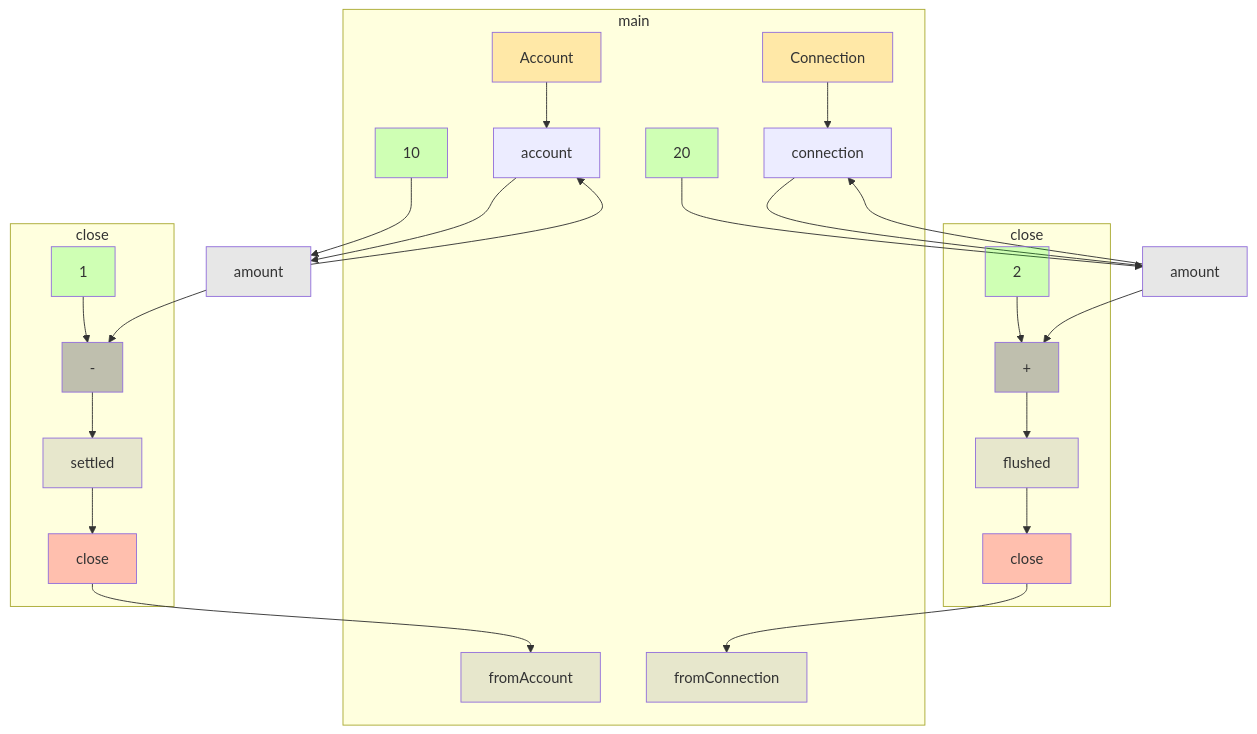
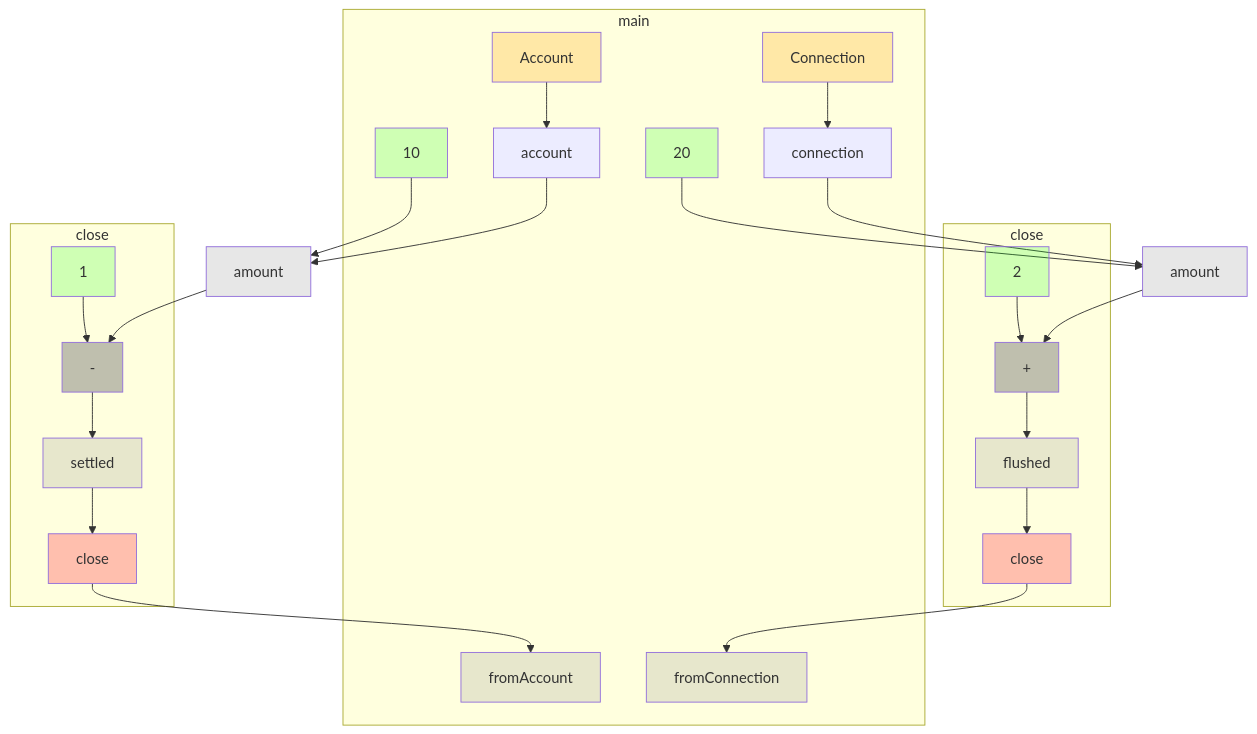
The diagram in app/src/test/resources/sameName/spike-truth.md (gstiebler/codeflow), drawn with Mermaid before and after one commit. The commit also changed 46 other files, not shown here.

````diff
--- a/app/src/test/resources/sameName/spike-truth.md
+++ b/app/src/test/resources/sameName/spike-truth.md
@@ -3,52 +3,50 @@
 ```mermaid
 flowchart TD
   subgraph m0["close"]
     n0["-"]:::BIN_OP
     n1["1"]:::LITERAL
     n2["close"]:::RETURN
     n3["settled"]:::VARIABLE
   end
   subgraph m1["main"]
     n4["Account"]:::EXTERNAL
     n5["Connection"]:::EXTERNAL
     n6["10"]:::LITERAL
     n7["20"]:::LITERAL
     n8["account"]:::OBJ_VARIABLE
     n9["connection"]:::OBJ_VARIABLE
     n10["fromAccount"]:::VARIABLE
     n11["fromConnection"]:::VARIABLE
   end
   subgraph m2["close"]
     n12["+"]:::BIN_OP
     n13["2"]:::LITERAL
     n14["close"]:::RETURN
     n15["flushed"]:::VARIABLE
   end
   n16["amount"]:::VARIABLE
   n17["amount"]:::VARIABLE
   n0 --> n3
   n1 --> n0
   n12 --> n15
   n13 --> n12
   n14 --> n11
   n15 --> n14
   n16 --> n0
-  n16 --> n8
   n17 --> n12
-  n17 --> n9
   n2 --> n10
   n3 --> n2
   n4 --> n8
   n5 --> n9
   n6 --> n16
   n7 --> n17
   n8 --> n16
   n9 --> n17
   classDef LITERAL fill:#00FF0030
   classDef VARIABLE fill:#80808030
   classDef BIN_OP fill:#80808080
   classDef FUNC_PARAM fill:#8080FF30
   classDef RETURN fill:#FF808080
   classDef EXTERNAL fill:#FFA50040
   classDef UNMODELLED fill:#FF000030,stroke-dasharray: 4 2
 ```
````
